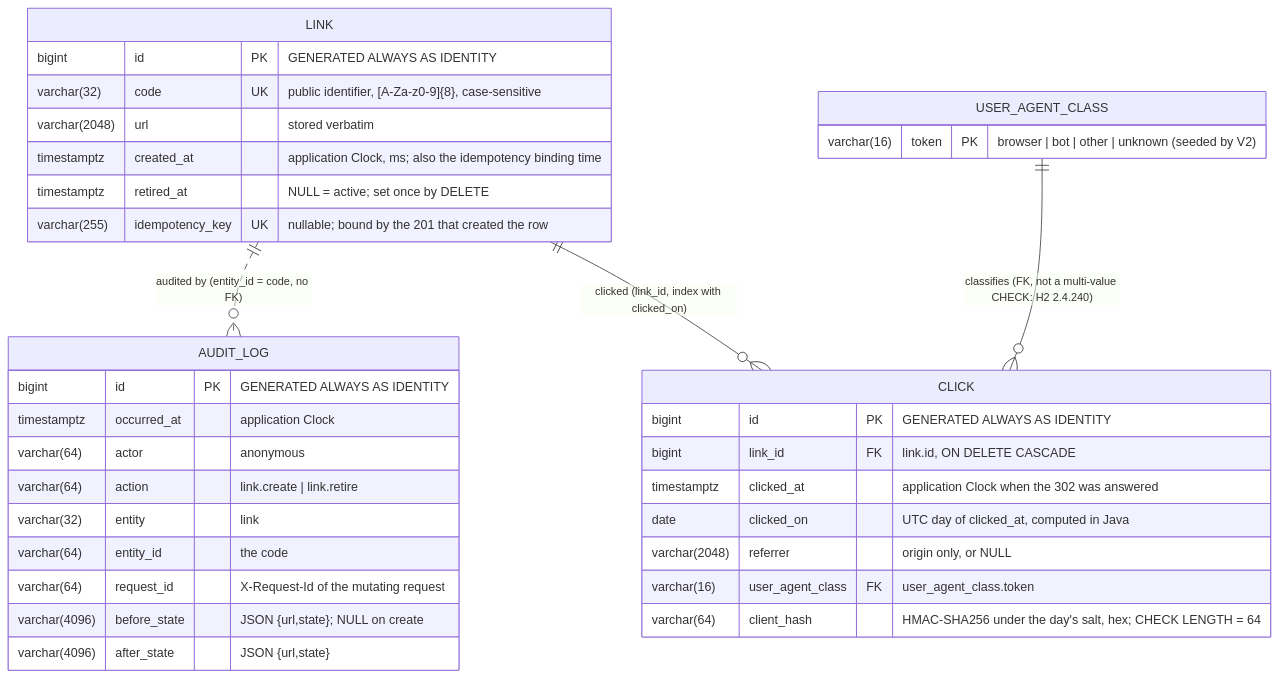
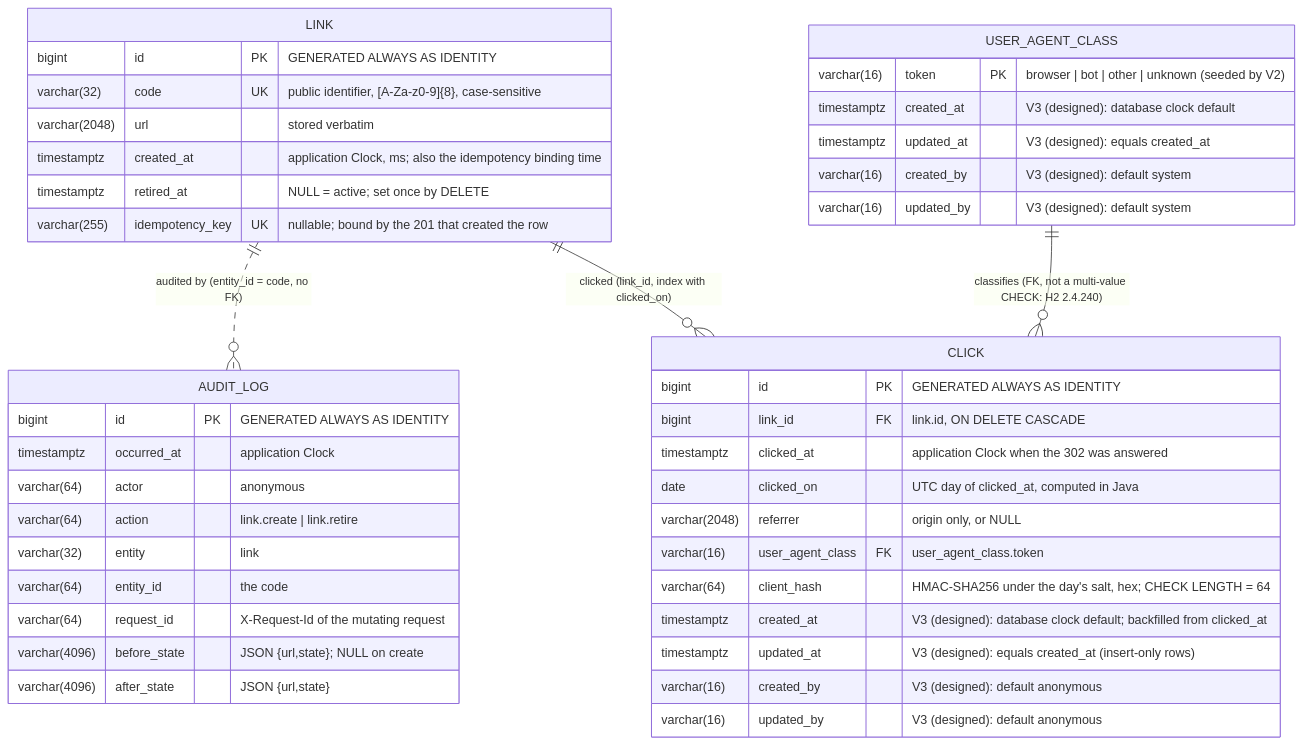
The diagram in docs/diagrams/erd.mmd (aurbanow1/url-shortener-agentic-sdlc), drawn with Mermaid before and after one commit. The commit also changed 8 other files, not shown here.

First line of the commit message:
docs(02-click-retention): answer design re-review DR-03 and DR-04

```diff
--- a/docs/diagrams/erd.mmd
+++ b/docs/diagrams/erd.mmd
@@ -1,38 +1,46 @@
-%% urlshort — entity relationship diagram (kept current by the Design Agent; last: 02-analytics design, V2)
+%% urlshort — entity relationship diagram (kept current by the Design Agent; last: 02-click-retention design, V3 audit columns, not yet merged)
 %% No foreign key between link and audit_log by design: audit_log identifies its subject by (entity, entity_id = code)
 %% and must outlive any future deletion of the subject (ADR-0008). click references link by id and goes with it (ADR-0013).
 erDiagram
     LINK {
         bigint id PK "GENERATED ALWAYS AS IDENTITY"
         varchar(32) code UK "public identifier, [A-Za-z0-9]{8}, case-sensitive"
         varchar(2048) url "stored verbatim"
         timestamptz created_at "application Clock, ms; also the idempotency binding time"
         timestamptz retired_at "NULL = active; set once by DELETE"
         varchar(255) idempotency_key UK "nullable; bound by the 201 that created the row"
     }
     AUDIT_LOG {
         bigint id PK "GENERATED ALWAYS AS IDENTITY"
         timestamptz occurred_at "application Clock"
         varchar(64) actor "anonymous"
         varchar(64) action "link.create | link.retire"
         varchar(32) entity "link"
         varchar(64) entity_id "the code"
         varchar(64) request_id "X-Request-Id of the mutating request"
         varchar(4096) before_state "JSON {url,state}; NULL on create"
         varchar(4096) after_state "JSON {url,state}"
     }
     CLICK {
         bigint id PK "GENERATED ALWAYS AS IDENTITY"
         bigint link_id FK "link.id, ON DELETE CASCADE"
         timestamptz clicked_at "application Clock when the 302 was answered"
         date clicked_on "UTC day of clicked_at, computed in Java"
         varchar(2048) referrer "origin only, or NULL"
         varchar(16) user_agent_class FK "user_agent_class.token"
         varchar(64) client_hash "HMAC-SHA256 under the day's salt, hex; CHECK LENGTH = 64"
+        timestamptz created_at "V3 (designed): database clock default; backfilled from clicked_at"
+        timestamptz updated_at "V3 (designed): equals created_at (insert-only rows)"
+        varchar(16) created_by "V3 (designed): default anonymous"
+        varchar(16) updated_by "V3 (designed): default anonymous"
     }
     USER_AGENT_CLASS {
         varchar(16) token PK "browser | bot | other | unknown (seeded by V2)"
+        timestamptz created_at "V3 (designed): database clock default"
+        timestamptz updated_at "V3 (designed): equals created_at"
+        varchar(16) created_by "V3 (designed): default system"
+        varchar(16) updated_by "V3 (designed): default system"
     }
     LINK ||..o{ AUDIT_LOG : "audited by (entity_id = code, no FK)"
     LINK ||--o{ CLICK : "clicked (link_id, index with clicked_on)"
     USER_AGENT_CLASS ||--o{ CLICK : "classifies (FK, not a multi-value CHECK: H2 2.4.240)"
```
